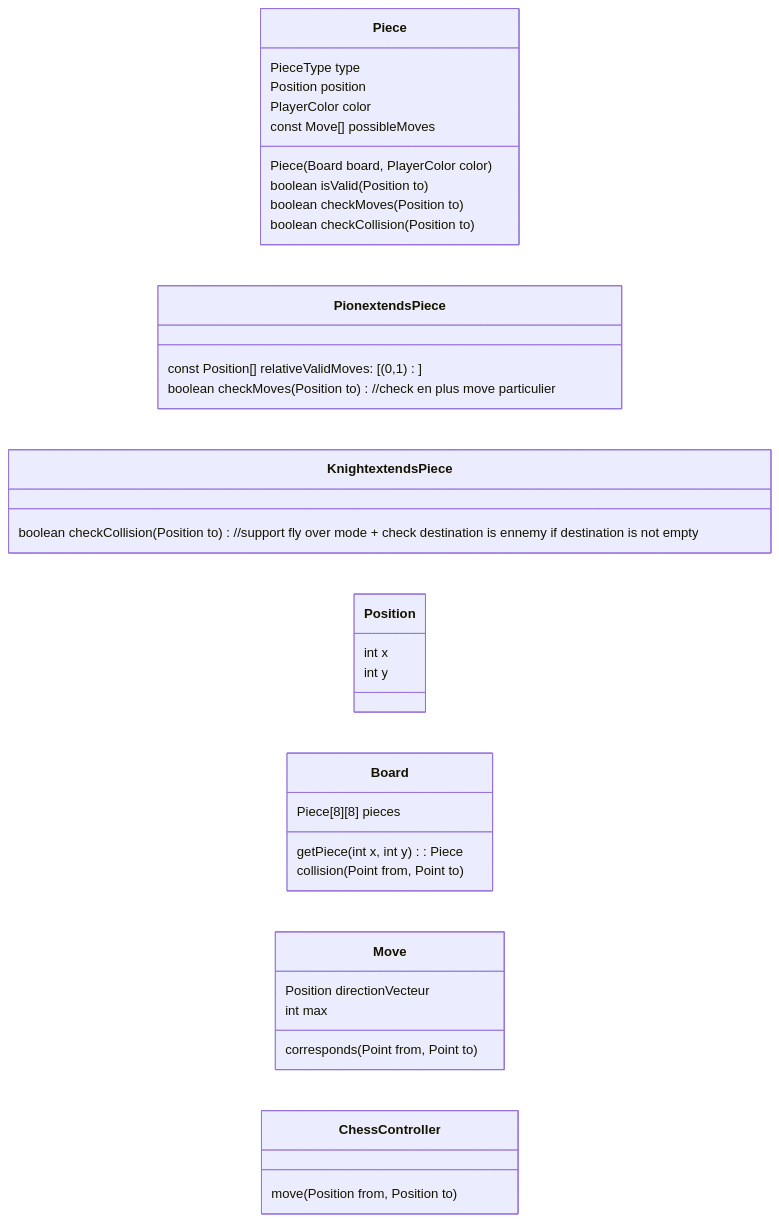
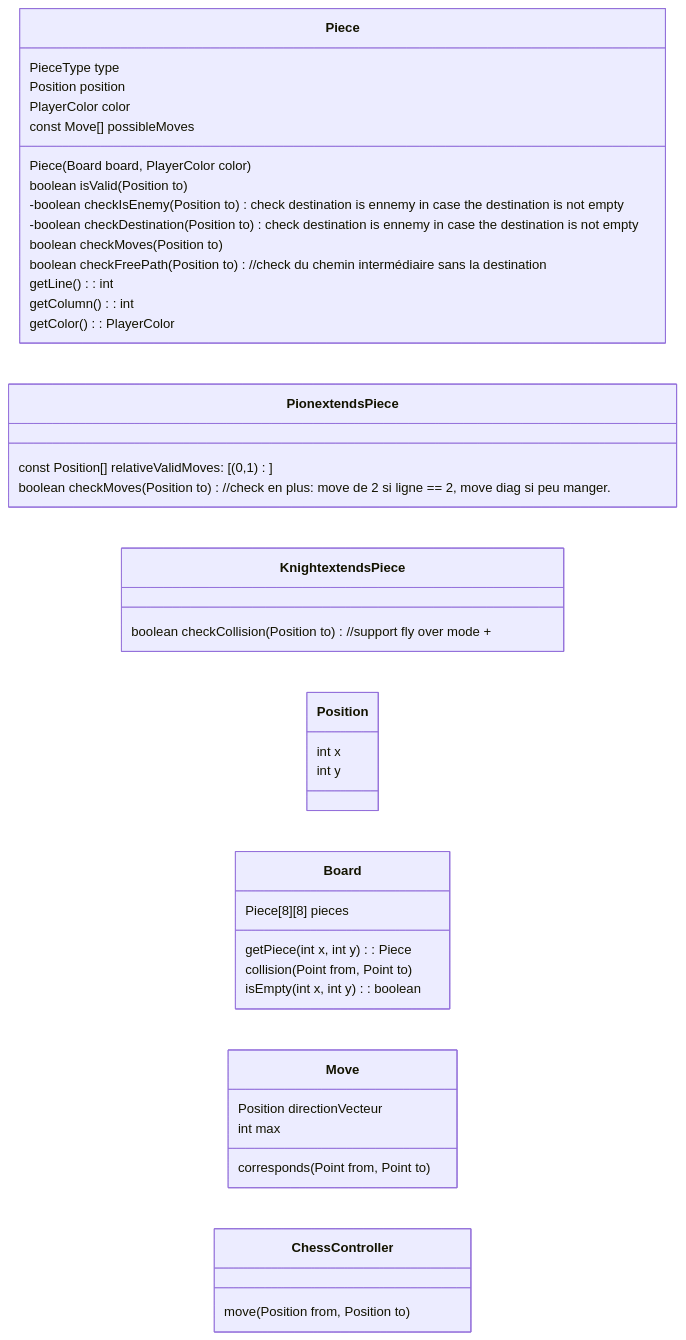
Before and after one commit to samuelroland/POO-Labo8-Echecs: the diagram in todos.md, drawn with Mermaid.

Commit message:
Progress in Piece, Position brainstorm

````diff
--- a/todos.md
+++ b/todos.md
@@ -17,48 +17,55 @@
 ```mermaid
 classDiagram
 direction LR
 class Piece {
 	PieceType type
 	Position position
 	PlayerColor color
 
 	Piece(Board board, PlayerColor color)
 	boolean isValid(Position to)
+	-boolean checkIsEnemy(Position to) check destination is ennemy in case the destination is not empty
+	-boolean checkDestination(Position to) check destination is ennemy in case the destination is not empty
 	boolean checkMoves(Position to)
-	boolean checkCollision(Position to)
+	boolean checkFreePath(Position to)	//check du chemin intermédiaire sans la destination
 	const Move[] possibleMoves
+
+	getLine(): int
+	getColumn(): int
+	getColor(): PlayerColor
 }
 
 class Pion extends Piece {
 	const Position[] relativeValidMoves: [(0,1)]
-	boolean checkMoves(Position to)//check en plus move particulier
+	boolean checkMoves(Position to)//check en plus: move de 2 si ligne == 2, move diag si peu manger.
 
 }
 
 class Knight extends Piece {
-	boolean checkCollision(Position to) //support fly over mode + check destination is ennemy if destination is not empty
+	boolean checkCollision(Position to) //support fly over mode + 
 }
 
 class Position {
 	int x
 	int y
 }
 
 class Board {
 	Piece[8][8] pieces
 	getPiece(int x, int y): Piece
 	collision(Point from, Point to)
+	isEmpty(int x, int y): boolean
 }
 
 class Move {
 	Position directionVecteur
 	int max
 
 	corresponds(Point from, Point to)
 }
 
 class ChessController {
 	move(Position from, Position to)
 }
 
 ```
````
